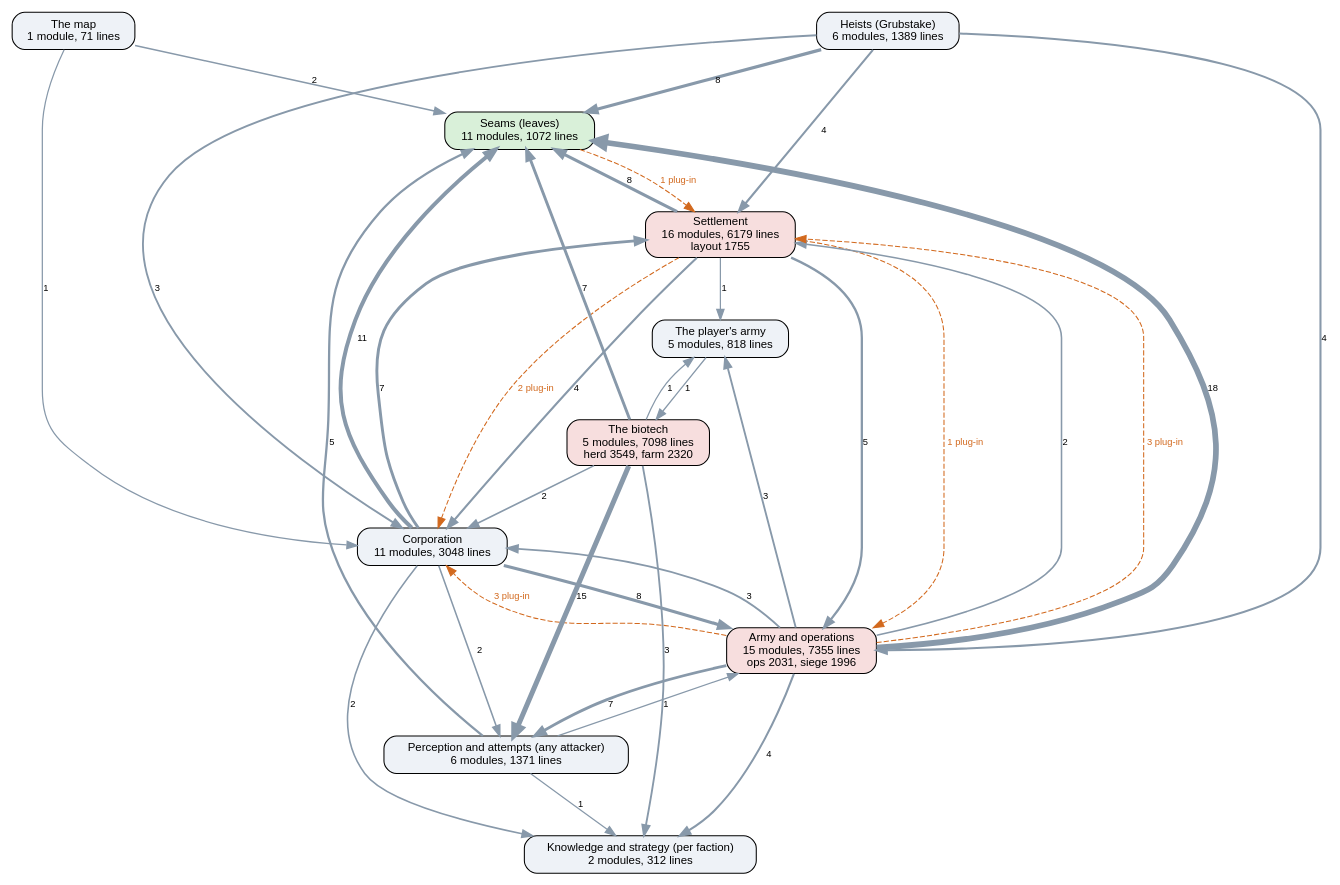
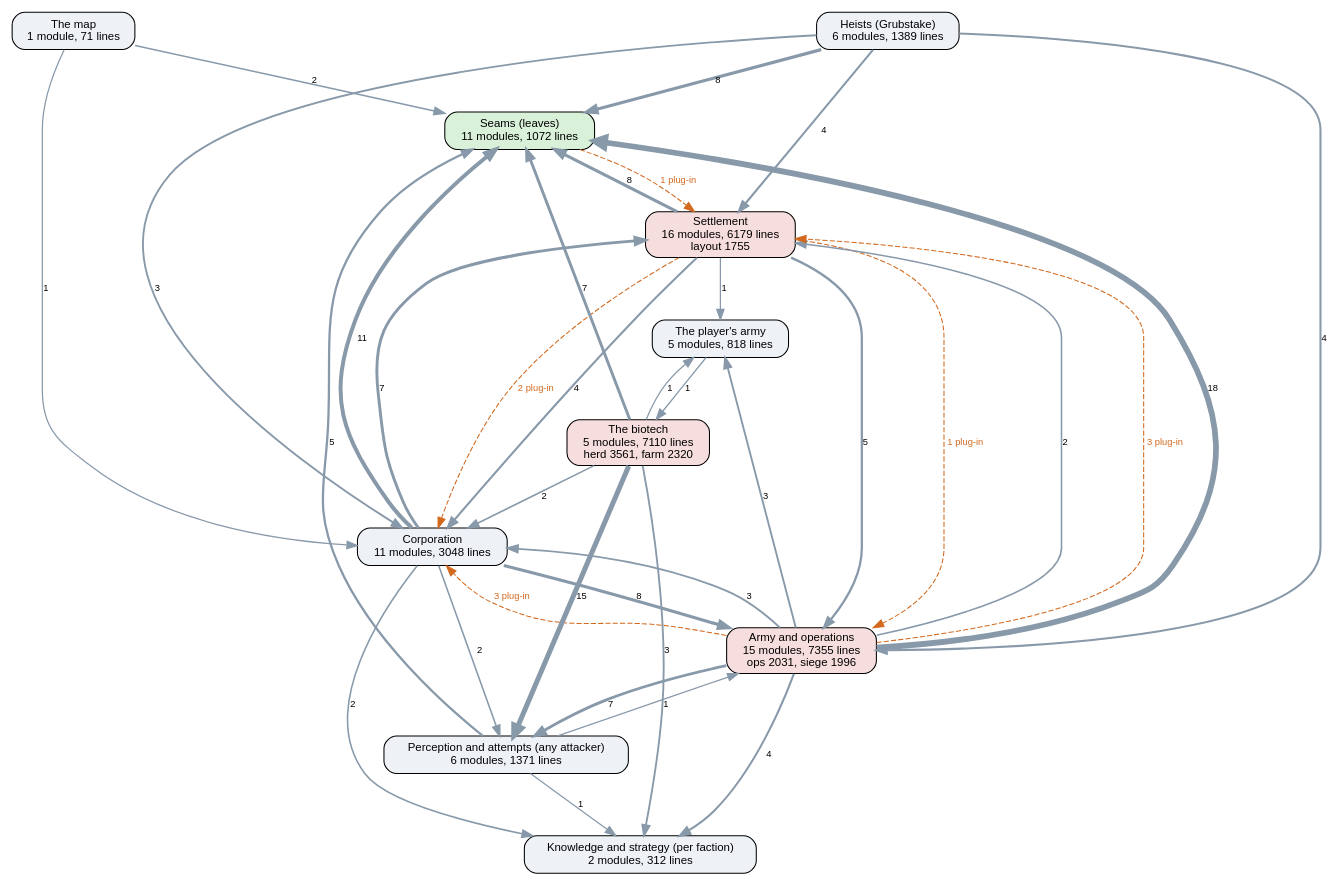
Before and after one commit to kinelhu/landing-party: the diagram in docs/ai-layers.dot, drawn with Graphviz. The commit also changed 7 other files, not shown here.

```diff
--- a/docs/ai-layers.dot
+++ b/docs/ai-layers.dot
@@ -1,50 +1,50 @@
 digraph layers {
   graph [rankdir=TB, fontname="Helvetica", nodesep=0.5, ranksep=0.7];
   node [shape=box, style="rounded,filled", fontname="Helvetica", fontsize=11, fillcolor="#eef2f7"];
   edge [color="#8899aa", fontname="Helvetica", fontsize=9];
   "Seams (leaves)" [label="Seams (leaves)\n11 modules, 1072 lines", fillcolor="#d9f0d9"];
   "Perception and attempts (any attacker)" [label="Perception and attempts (any attacker)\n6 modules, 1371 lines", fillcolor="#eef2f7"];
   "Knowledge and strategy (per faction)" [label="Knowledge and strategy (per faction)\n2 modules, 312 lines", fillcolor="#eef2f7"];
   "Corporation" [label="Corporation\n11 modules, 3048 lines", fillcolor="#eef2f7"];
   "Settlement" [label="Settlement\n16 modules, 6179 lines\nlayout 1755", fillcolor="#f7dede"];
   "Army and operations" [label="Army and operations\n15 modules, 7355 lines\nops 2031, siege 1996", fillcolor="#f7dede"];
   "Heists (Grubstake)" [label="Heists (Grubstake)\n6 modules, 1389 lines", fillcolor="#eef2f7"];
-  "The biotech" [label="The biotech\n5 modules, 7098 lines\nherd 3549, farm 2320", fillcolor="#f7dede"];
+  "The biotech" [label="The biotech\n5 modules, 7110 lines\nherd 3561, farm 2320", fillcolor="#f7dede"];
   "The map" [label="The map\n1 module, 71 lines", fillcolor="#eef2f7"];
   "The player's army" [label="The player's army\n5 modules, 818 lines", fillcolor="#eef2f7"];
   "Army and operations" -> "Corporation" [label="3", penwidth=1.8];
   "Army and operations" -> "Knowledge and strategy (per faction)" [label="4", penwidth=2.0];
   "Army and operations" -> "Perception and attempts (any attacker)" [label="7", penwidth=2.8];
   "Army and operations" -> "Seams (leaves)" [label="18", penwidth=5.5];
   "Army and operations" -> "Settlement" [label="2", penwidth=1.5];
   "Army and operations" -> "The player's army" [label="3", penwidth=1.8];
   "Corporation" -> "Army and operations" [label="8", penwidth=3.0];
   "Corporation" -> "Knowledge and strategy (per faction)" [label="2", penwidth=1.5];
   "Corporation" -> "Perception and attempts (any attacker)" [label="2", penwidth=1.5];
   "Corporation" -> "Seams (leaves)" [label="11", penwidth=3.8];
   "Corporation" -> "Settlement" [label="7", penwidth=2.8];
   "Heists (Grubstake)" -> "Army and operations" [label="4", penwidth=2.0];
   "Heists (Grubstake)" -> "Corporation" [label="3", penwidth=1.8];
   "Heists (Grubstake)" -> "Seams (leaves)" [label="8", penwidth=3.0];
   "Heists (Grubstake)" -> "Settlement" [label="4", penwidth=2.0];
   "Perception and attempts (any attacker)" -> "Army and operations" [label="1", penwidth=1.2];
   "Perception and attempts (any attacker)" -> "Knowledge and strategy (per faction)" [label="1", penwidth=1.2];
   "Perception and attempts (any attacker)" -> "Seams (leaves)" [label="5", penwidth=2.2];
   "Settlement" -> "Army and operations" [label="5", penwidth=2.2];
   "Settlement" -> "Corporation" [label="4", penwidth=2.0];
   "Settlement" -> "Seams (leaves)" [label="8", penwidth=3.0];
   "Settlement" -> "The player's army" [label="1", penwidth=1.2];
   "The biotech" -> "Corporation" [label="2", penwidth=1.5];
   "The biotech" -> "Knowledge and strategy (per faction)" [label="3", penwidth=1.8];
   "The biotech" -> "Perception and attempts (any attacker)" [label="15", penwidth=4.8];
   "The biotech" -> "Seams (leaves)" [label="7", penwidth=2.8];
   "The biotech" -> "The player's army" [label="1", penwidth=1.2];
   "The map" -> "Corporation" [label="1", penwidth=1.2];
   "The map" -> "Seams (leaves)" [label="2", penwidth=1.5];
   "The player's army" -> "The biotech" [label="1", penwidth=1.2];
   "Army and operations" -> "Corporation" [style=dashed, color="#d2691e", fontcolor="#d2691e", label="3 plug-in"];
   "Army and operations" -> "Settlement" [style=dashed, color="#d2691e", fontcolor="#d2691e", label="3 plug-in"];
   "Seams (leaves)" -> "Settlement" [style=dashed, color="#d2691e", fontcolor="#d2691e", label="1 plug-in"];
   "Settlement" -> "Army and operations" [style=dashed, color="#d2691e", fontcolor="#d2691e", label="1 plug-in"];
   "Settlement" -> "Corporation" [style=dashed, color="#d2691e", fontcolor="#d2691e", label="2 plug-in"];
 }
```
